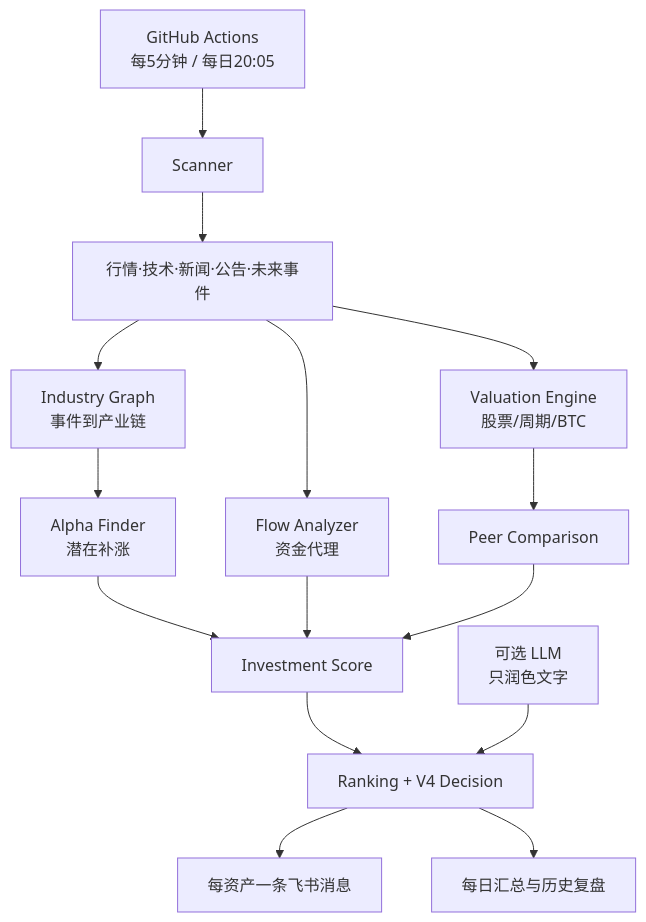
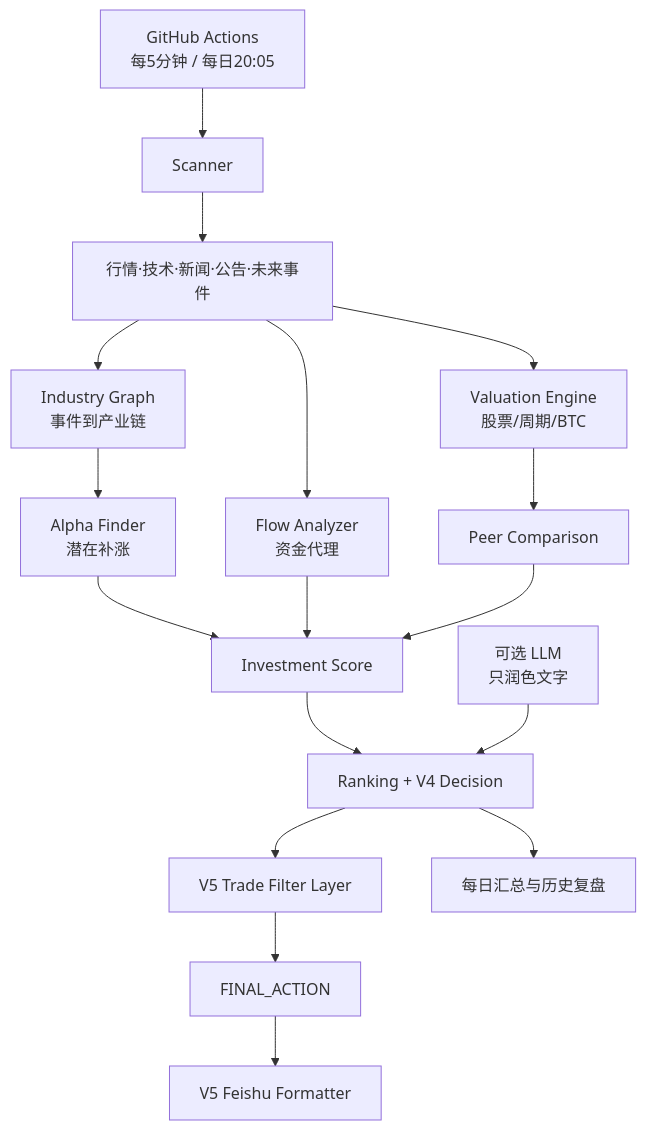
One commit to corleoneJ/investment-os changed the first of 2 diagrams in README.md. Above: the diagram before and after it, drawn with Mermaid. The commit also changed other lines of this file and 51 other files, not shown here.

````diff
--- a/README.md
+++ b/README.md
@@ -9,17 +11,19 @@
 ```mermaid
 flowchart TD
   A["GitHub Actions<br/>每5分钟 / 每日20:05"] --> B["Scanner"]
   B --> C["行情·技术·新闻·公告·未来事件"]
   C --> D["Industry Graph<br/>事件到产业链"]
   D --> E["Alpha Finder<br/>潜在补涨"]
   C --> F["Flow Analyzer<br/>资金代理"]
   C --> G["Valuation Engine<br/>股票/周期/BTC"]
   G --> H["Peer Comparison"]
   E --> I["Investment Score"]
   F --> I
   H --> I
   I --> J["Ranking + V4 Decision"]
-  J --> K["每资产一条飞书消息"]
-  J --> L["每日汇总与历史复盘"]
-  M["可选 LLM<br/>只润色文字"] --> J
+  J --> K["V5 Trade Filter Layer"]
+  K --> L["FINAL_ACTION"]
+  L --> M["V5 Feishu Formatter"]
+  J --> N["每日汇总与历史复盘"]
+  O["可选 LLM<br/>只润色文字"] --> J
 ```
````
